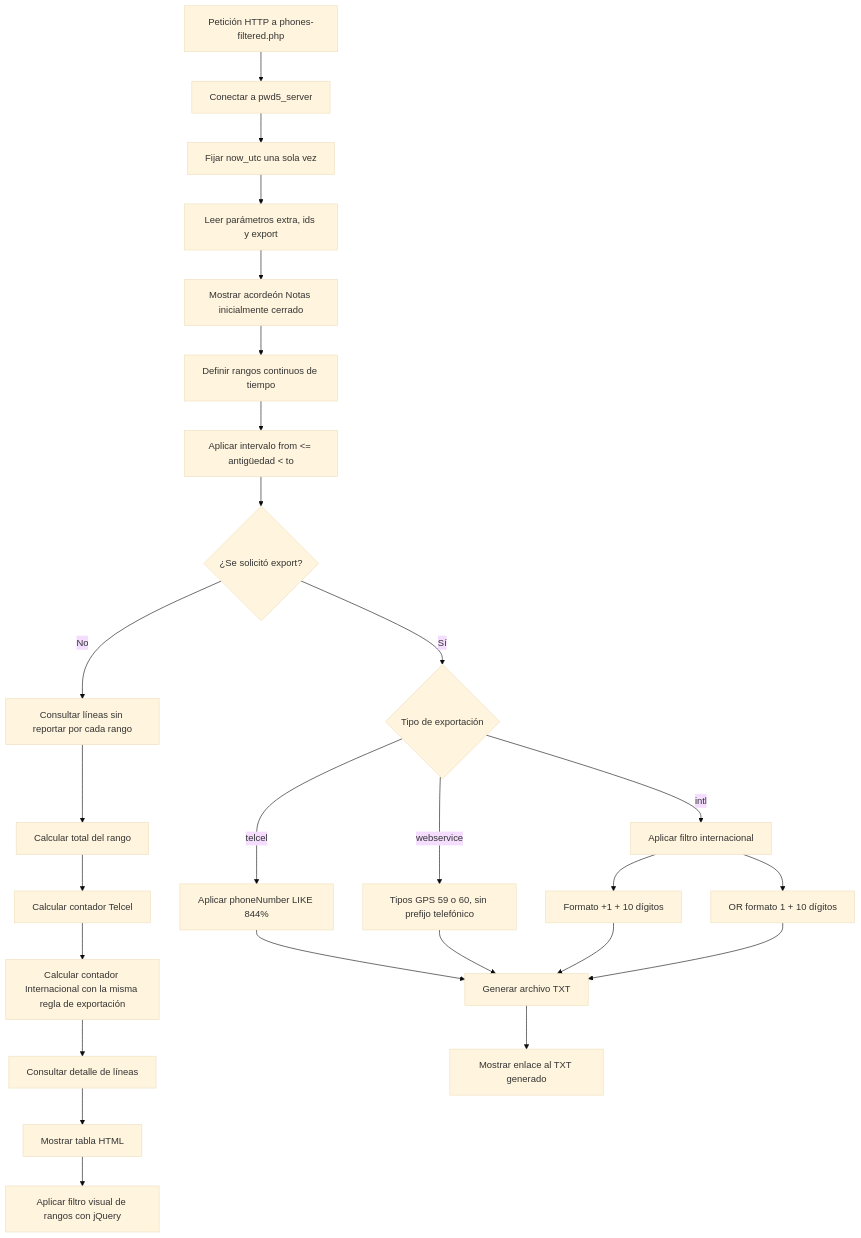
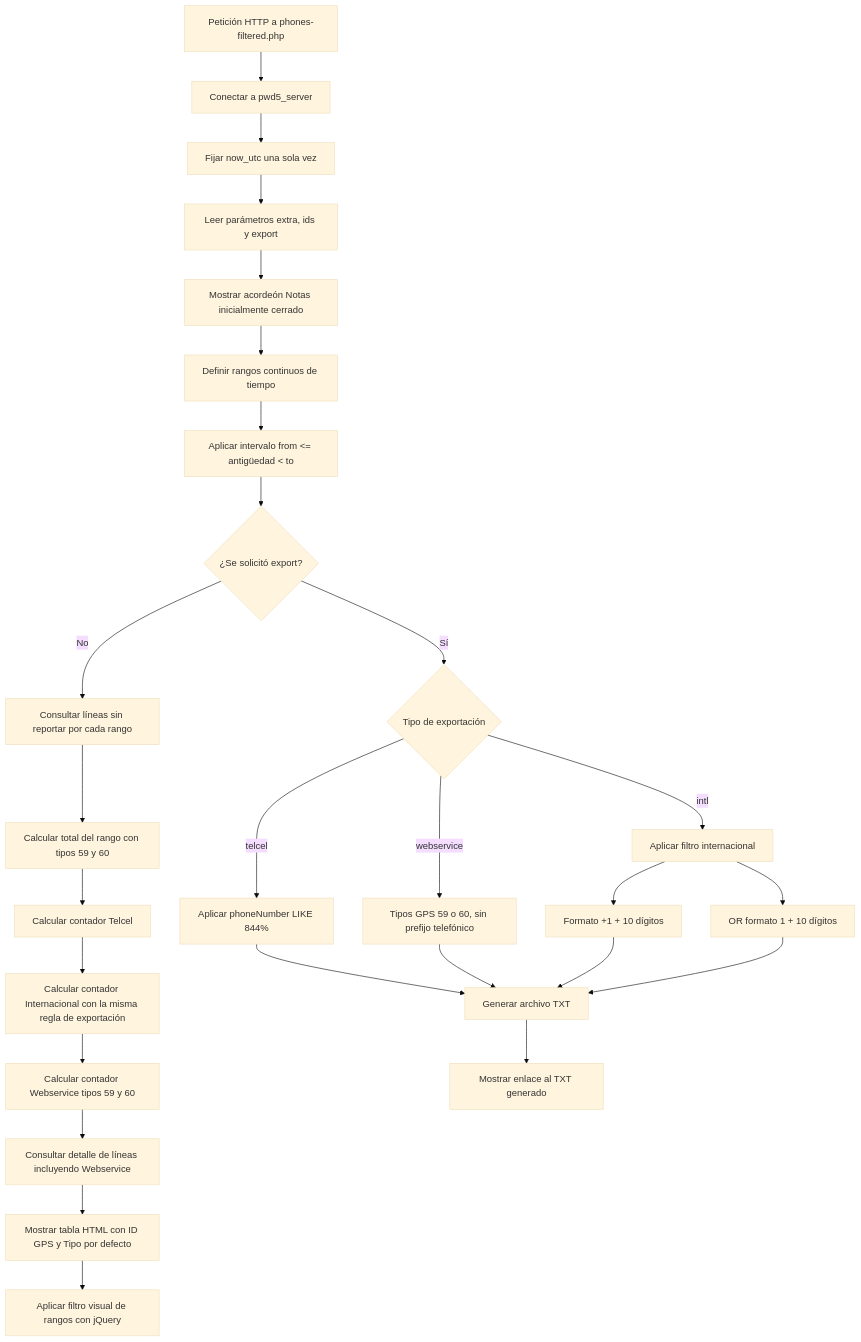
One commit to grupodeca/phones-filtered changed the diagram in DIAGRAM.md. Above: the diagram before and after it, drawn with Mermaid (base theme). The commit also changed other lines of this file and 5 other files, not shown here.

Commit message:
feat: tipo webservice en bloques de visualizacion v1.13

````diff
--- a/DIAGRAM.md
+++ b/DIAGRAM.md
@@ -3,34 +3,35 @@
 ```mermaid
 flowchart TD
 	A[Petición HTTP a phones-filtered.php] --> B[Conectar a pwd5_server]
 	B --> B1[Fijar now_utc una sola vez]
 	B1 --> C[Leer parámetros extra, ids y export]
 	C --> N0[Mostrar acordeón Notas inicialmente cerrado]
 	N0 --> D[Definir rangos continuos de tiempo]
 	D --> D1[Aplicar intervalo from <= antigüedad < to]
 	D1 --> E{¿Se solicitó export?}
 
 	E -- No --> J[Consultar líneas sin reportar por cada rango]
 	E -- Sí --> F{Tipo de exportación}
 
 	F -- telcel --> G[Aplicar phoneNumber LIKE 844%]
 	F -- intl --> H[Aplicar filtro internacional]
 	F -- webservice --> W[Tipos GPS 59 o 60, sin prefijo telefónico]
 
 	H --> H1[Formato +1 + 10 dígitos]
 	H --> H2[OR formato 1 + 10 dígitos]
 
 	G --> I[Generar archivo TXT]
 	W --> I
 	H1 --> I
 	H2 --> I
 
-	J --> K[Calcular total del rango]
+	J --> K[Calcular total del rango con tipos 59 y 60]
 	K --> L[Calcular contador Telcel]
 	L --> M[Calcular contador Internacional con la misma regla de exportación]
-	M --> N[Consultar detalle de líneas]
-	N --> O[Mostrar tabla HTML]
+	M --> W1[Calcular contador Webservice tipos 59 y 60]
+	W1 --> N[Consultar detalle de líneas incluyendo Webservice]
+	N --> O[Mostrar tabla HTML con ID GPS y Tipo por defecto]
 
 	I --> P[Mostrar enlace al TXT generado]
 	O --> Q[Aplicar filtro visual de rangos con jQuery]
 ```
````
